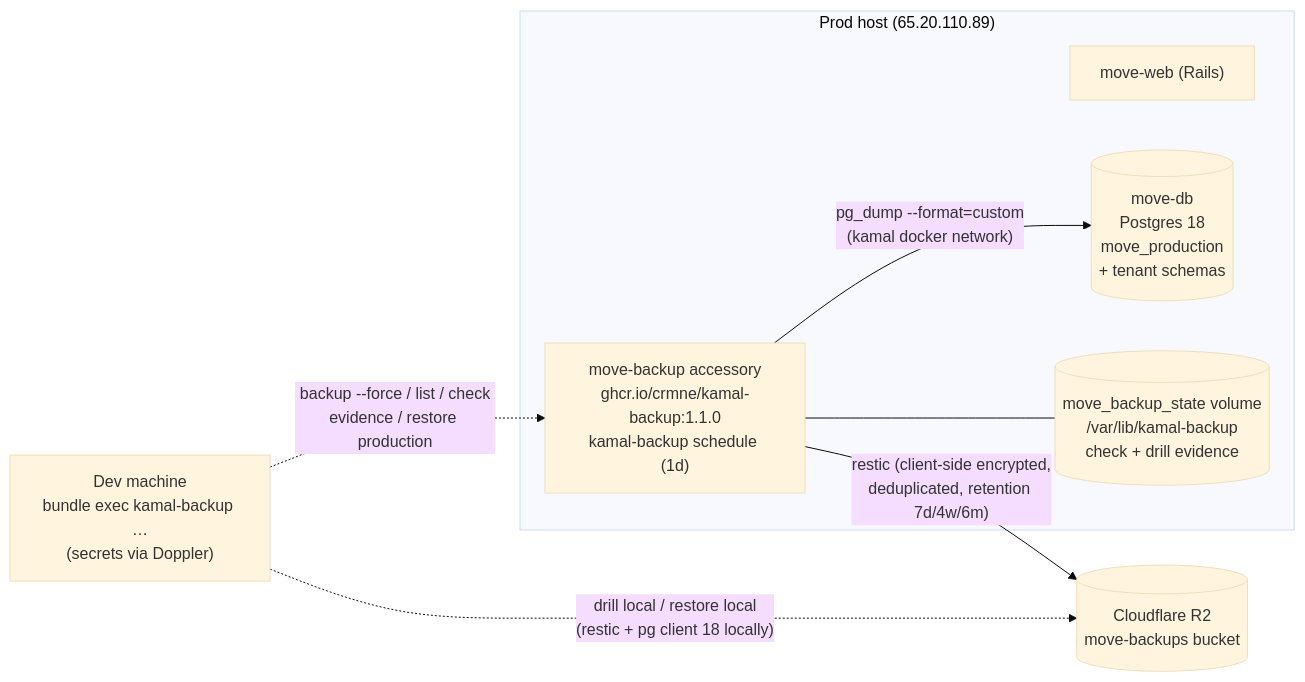
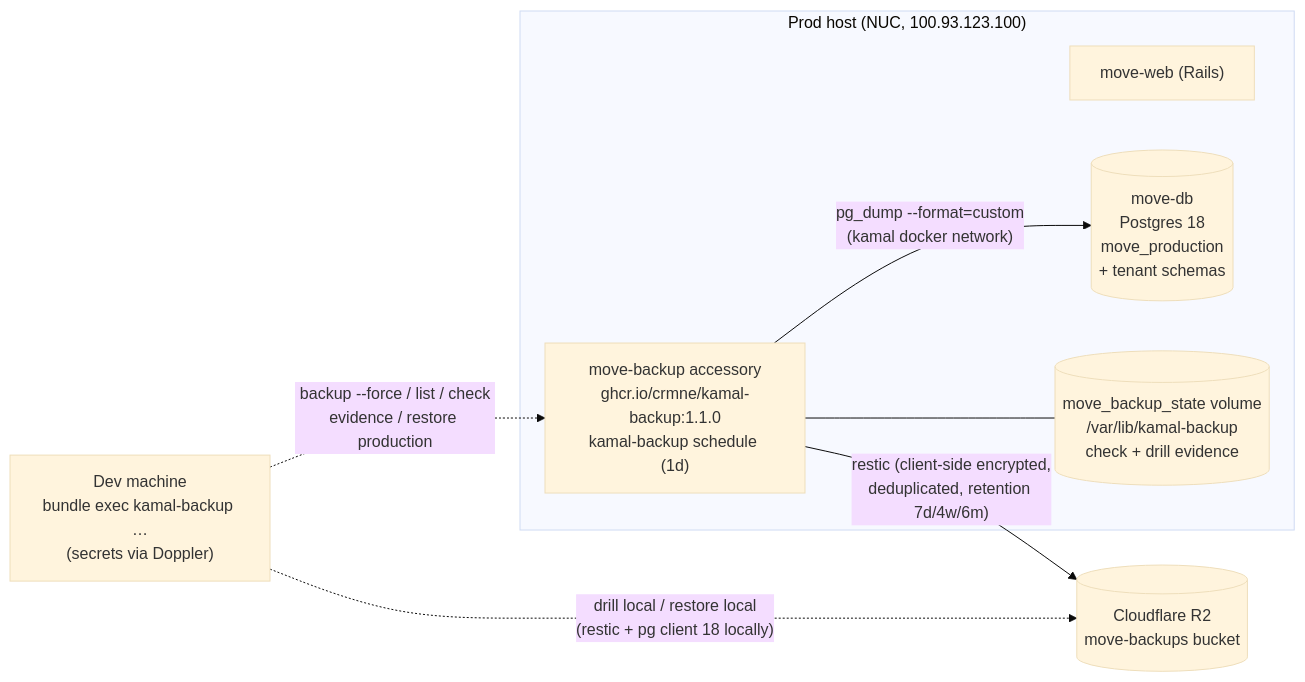
The diagram in doc/project/backups.md (joel/move), drawn with Mermaid (base theme) before and after one commit. The commit also changed 3 other files, not shown here.

First line of the commit message:
Document the NUC deploy path and pinned host key (#824)

````diff
--- a/doc/project/backups.md
+++ b/doc/project/backups.md
@@ -26,14 +26,14 @@
 ```mermaid
 flowchart LR
-  subgraph host["Prod host (65.20.110.89)"]
+  subgraph host["Prod host (NUC, 100.93.123.100)"]
     APP["move-web (Rails)"]
     DB[("move-db<br/>Postgres 18<br/>move_production<br/>+ tenant schemas")]
     BK["move-backup accessory<br/>ghcr.io/crmne/kamal-backup:1.1.0<br/>kamal-backup schedule (1d)"]
     ST[("move_backup_state volume<br/>/var/lib/kamal-backup<br/>check + drill evidence")]
     BK -->|"pg_dump --format=custom<br/>(kamal docker network)"| DB
     BK --- ST
   end
   BK -->|"restic (client-side encrypted,<br/>deduplicated, retention 7d/4w/6m)"| R2[("Cloudflare R2<br/>move-backups bucket")]
   DEV["Dev machine<br/>bundle exec kamal-backup …<br/>(secrets via Doppler)"] -.->|"backup --force / list / check<br/>evidence / restore production"| BK
   DEV -.->|"drill local / restore local<br/>(restic + pg client 18 locally)"| R2
 ```
````
